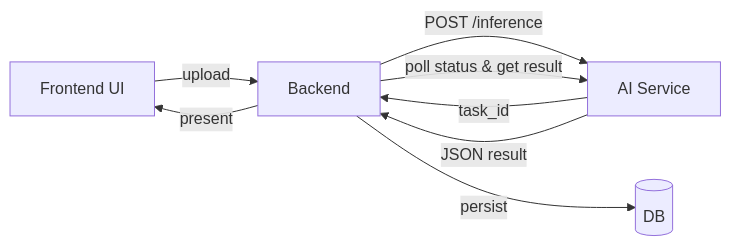
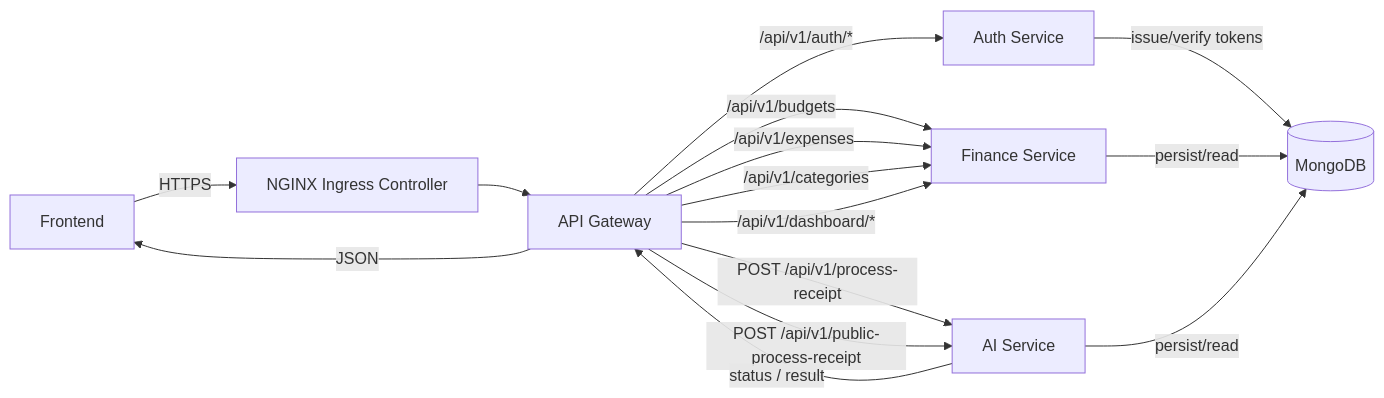
The diagram in README.md (MikolajRusin/planevo-docs), drawn with Mermaid before and after one commit. The commit also changed other lines of this file, not shown here.

````diff
--- a/README.md
+++ b/README.md
@@ -247,10 +299,21 @@
 ```mermaid
 flowchart LR
-    UI[Frontend UI] -->|upload| BE[Backend]
-    BE -->|POST /inference| AI[AI Service]
-    AI -->|task_id| BE
-    BE -->|poll status & get result| AI
-    AI -->|JSON result| BE
-    BE -->|persist| DB[(DB)]
-    BE -->|present| UI
+    UI[Frontend] -->|HTTPS| Ingress[NGINX Ingress Controller]
+    Ingress --> Gateway[API Gateway]
+
+    Gateway -->|/api/v1/auth/*| Auth[Auth Service]
+    Auth -->|issue/verify tokens| DB[(MongoDB)]
+
+    Gateway -->|/api/v1/budgets| Finance[Finance Service]
+    Gateway -->|/api/v1/expenses| Finance
+    Gateway -->|/api/v1/categories| Finance
+    Gateway -->|/api/v1/dashboard/*| Finance
+    Finance -->|persist/read| DB
+
+    Gateway -->|POST /api/v1/process-receipt| AI[AI Service]
+    Gateway -->|POST /api/v1/public-process-receipt| AI
+    AI -->|status / result| Gateway
+    AI -->|persist/read| DB
+
+    Gateway -->|JSON| UI
 ```
````
